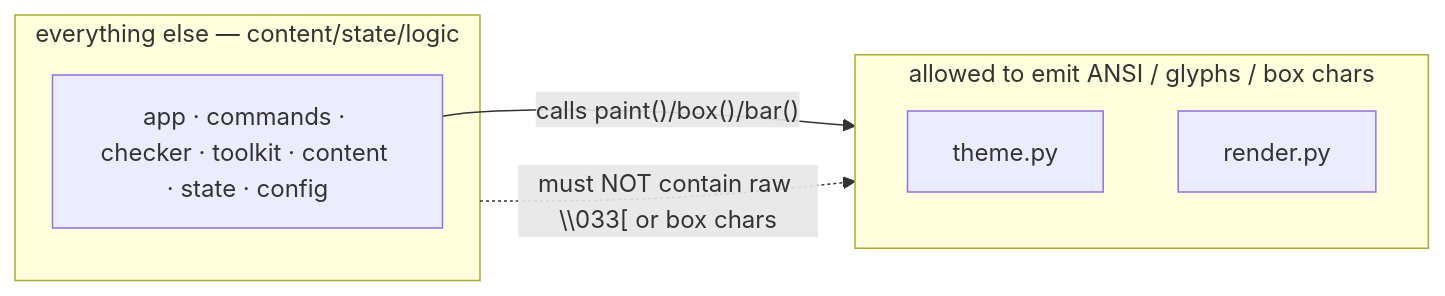
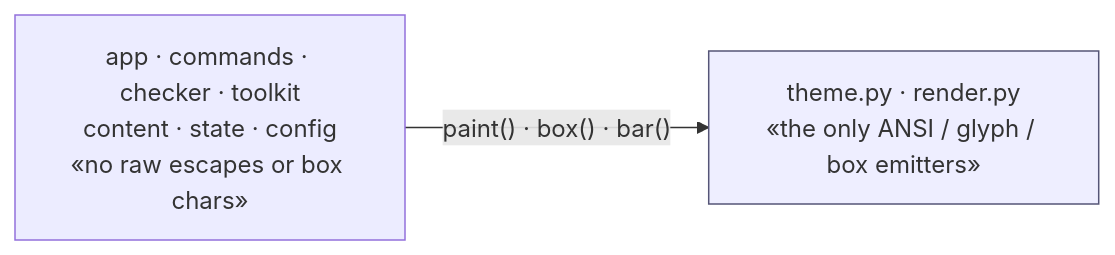
Before and after one commit to N041M/PyQuest: the fourth of 4 diagrams in docs/architecture/visuals.md, drawn with Mermaid. The commit also changed other lines of this file and 5 other files, not shown here.

First line of the commit message:
Polish architecture diagrams; add puzzle-consumption view

````diff
--- a/docs/architecture/visuals.md
+++ b/docs/architecture/visuals.md
@@ -70,12 +72,8 @@
 ```mermaid
 flowchart LR
-    subgraph allowed["allowed to emit ANSI / glyphs / box chars"]
-        theme2["theme.py"]
-        render2["render.py"]
-    end
-    subgraph forbidden["everything else — content/state/logic"]
-        x["app · commands · checker · toolkit · content · state · config"]
-    end
-    x -->|"calls paint()/box()/bar()"| allowed
-    forbidden -. "must NOT contain raw \\033[ or box chars" .-> allowed
+    logic["app · commands · checker · toolkit<br/>content · state · config<br/>«no raw escapes or box chars»"]
+    vis["theme.py · render.py<br/>«the only ANSI / glyph / box emitters»"]
+    logic -->|"paint() · box() · bar()"| vis
+    classDef emit fill:#eef,stroke:#557;
+    class vis emit;
 ```
````
